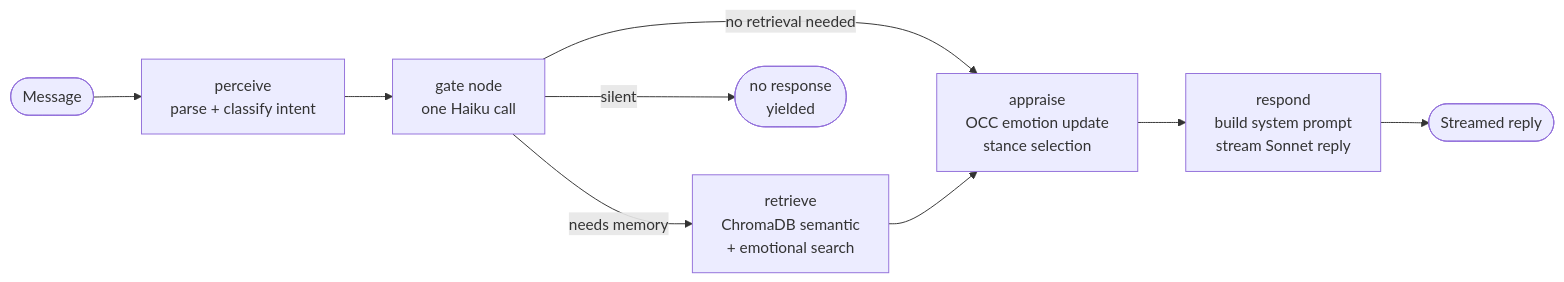
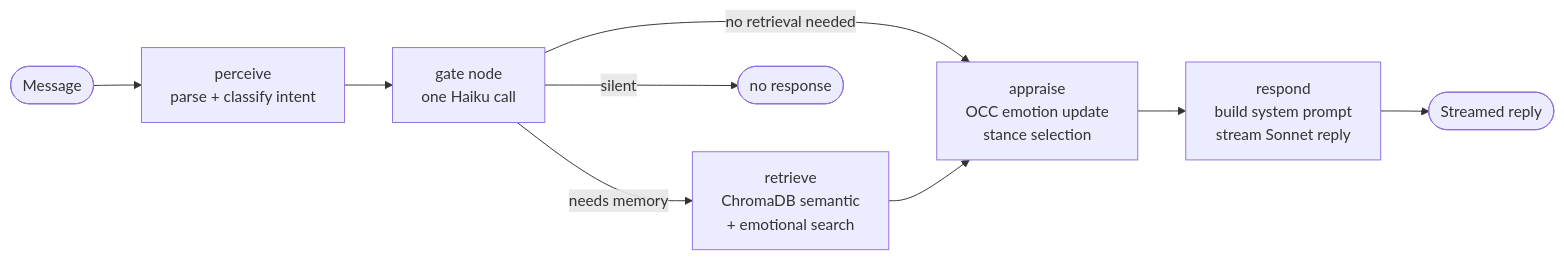
One commit to kevindechang/anjo-ai-companion changed the second of 2 diagrams in README.md. Above: the diagram before and after it, drawn with Mermaid. The commit also changed other lines of this file, not shown here.

Commit message:
docs: improve README readability — better flow, grouped sections, cleaner quick start

````diff
--- a/README.md
+++ b/README.md
@@ -40,11 +40,11 @@
 ```mermaid
 flowchart LR
     M([Message]) --> P[perceive\nparse + classify intent]
     P --> G[gate node\none Haiku call]
     G -- needs memory --> R[retrieve\nChromaDB semantic\n+ emotional search]
     G -- no retrieval needed --> AP[appraise\nOCC emotion update\nstance selection]
     R --> AP
     AP --> RS[respond\nbuild system prompt\nstream Sonnet reply]
-    G -- silent --> SL([no response\nyielded])
+    G -- silent --> SL([no response])
     RS --> O([Streamed reply])
 ```
````
